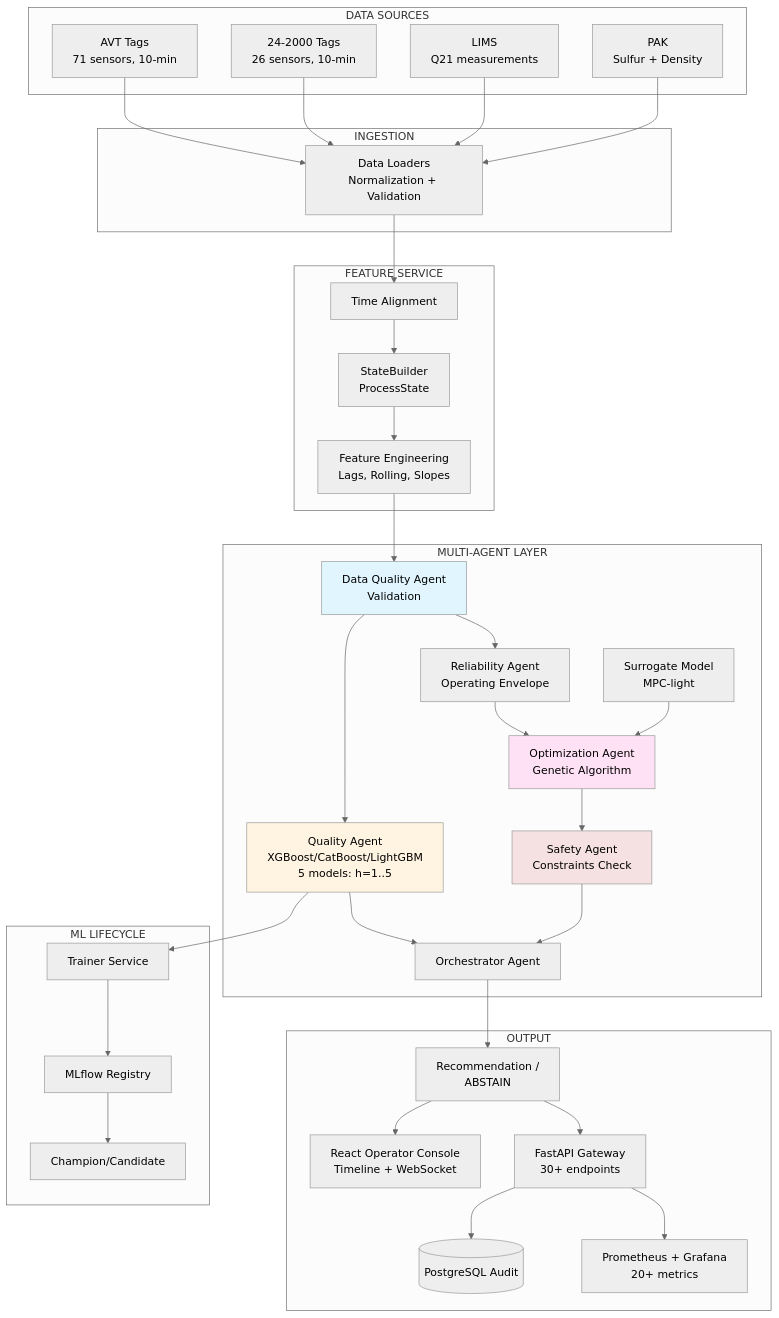
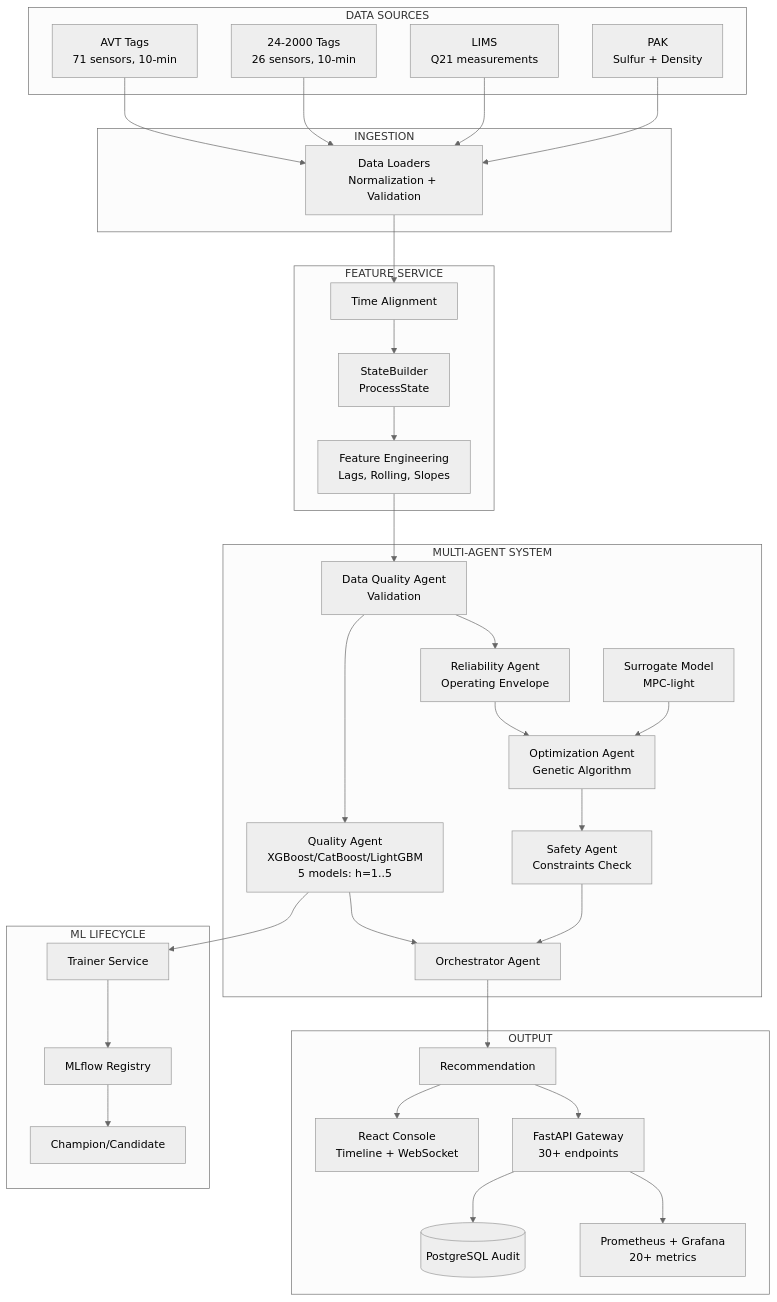
Before and after one commit to falexsun/NEFTEKOD2026: the diagram in README.md, drawn with Mermaid (neutral theme). The commit also changed other lines of this file and 4 other files, not shown here.

````diff
--- a/README.md
+++ b/README.md
@@ -40,77 +44,72 @@
 ```mermaid
 graph TD
     subgraph "DATA SOURCES"
         AVT[AVT Tags<br/>71 sensors, 10-min]
         U24[24-2000 Tags<br/>26 sensors, 10-min]
         LIMS[LIMS<br/>Q21 measurements]
         PAK[PAK<br/>Sulfur + Density]
     end
 
     subgraph "INGESTION"
         LOAD[Data Loaders<br/>Normalization + Validation]
     end
 
     subgraph "FEATURE SERVICE"
         ALIGN[Time Alignment]
         STATE[StateBuilder<br/>ProcessState]
         FEAT[Feature Engineering<br/>Lags, Rolling, Slopes]
     end
 
-    subgraph "MULTI-AGENT LAYER"
+    subgraph "MULTI-AGENT SYSTEM"
         DQ[Data Quality Agent<br/>Validation]
         QA[Quality Agent<br/>XGBoost/CatBoost/LightGBM<br/>5 models: h=1..5]
         RA[Reliability Agent<br/>Operating Envelope]
         SUR[Surrogate Model<br/>MPC-light]
         OPT[Optimization Agent<br/>Genetic Algorithm]
         SAFETY[Safety Agent<br/>Constraints Check]
         ORCH[Orchestrator Agent]
     end
 
     subgraph "OUTPUT"
-        REC[Recommendation /<br/>ABSTAIN]
-        DASH[React Operator Console<br/>Timeline + WebSocket]
+        REC[Recommendation]
+        DASH[React Console<br/>Timeline + WebSocket]
         API[FastAPI Gateway<br/>30+ endpoints]
         AUDIT[(PostgreSQL Audit)]
         OBS[Prometheus + Grafana<br/>20+ metrics]
     end
 
     subgraph "ML LIFECYCLE"
         TRAINER[Trainer Service]
         MLFLOW[MLflow Registry]
         PROMOTE[Champion/Candidate]
     end
 
     AVT --> LOAD
     U24 --> LOAD
     LIMS --> LOAD
     PAK --> LOAD
 
     LOAD --> ALIGN
     ALIGN --> STATE
     STATE --> FEAT
     
     FEAT --> DQ
     DQ --> QA
     DQ --> RA
     
     QA --> ORCH
     RA --> OPT
     SUR --> OPT
     OPT --> SAFETY
     SAFETY --> ORCH
     
     ORCH --> REC
     REC --> DASH
     REC --> API
     API --> AUDIT
     API --> OBS
 
     QA --> TRAINER
     TRAINER --> MLFLOW
     MLFLOW --> PROMOTE
-
-    style DQ fill:#e1f5ff
-    style QA fill:#fff4e1
-    style OPT fill:#ffe1f5
-    style SAFETY fill:#f5e1e1
 ```
````
